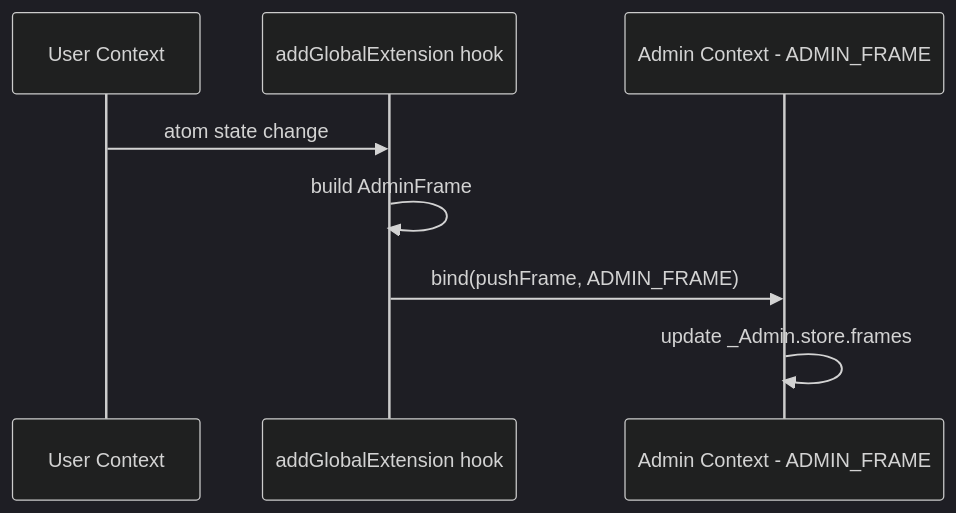
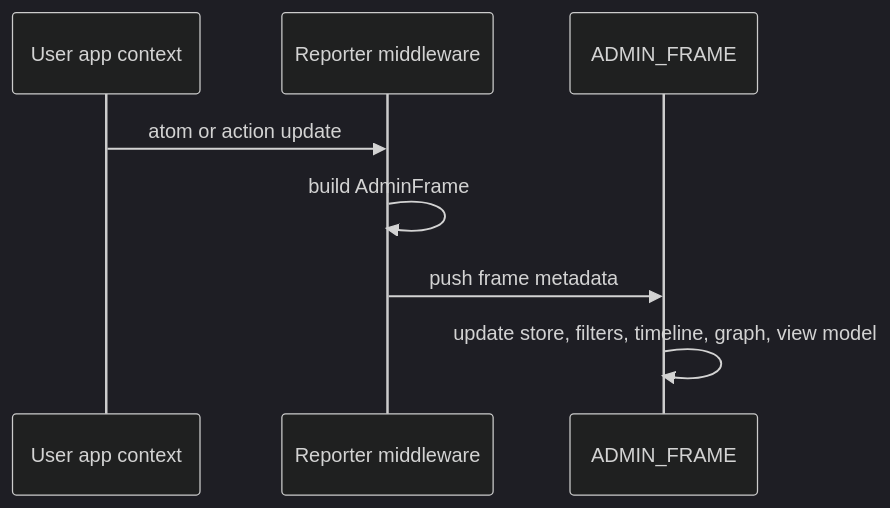
One commit to reatom/reatom changed the second of 4 diagrams in packages/admin/TSD.md. Above: the diagram before and after it, drawn with Mermaid (dark theme). The commit also changed other lines of this file and 10 other files, not shown here.

````diff
--- a/packages/admin/TSD.md
+++ b/packages/admin/TSD.md
@@ -74,11 +43,11 @@
 ```mermaid
 sequenceDiagram
-  participant UserCtx as User Context
-  participant Reporter as addGlobalExtension hook
-  participant AdminCtx as Admin Context - ADMIN_FRAME
+  participant App as User app context
+  participant Reporter as Reporter middleware
+  participant Admin as ADMIN_FRAME
 
-  UserCtx->>Reporter: atom state change
+  App->>Reporter: atom or action update
   Reporter->>Reporter: build AdminFrame
-  Reporter->>AdminCtx: bind(pushFrame, ADMIN_FRAME)
-  AdminCtx->>AdminCtx: update _Admin.store.frames
+  Reporter->>Admin: push frame metadata
+  Admin->>Admin: update store, filters, timeline, graph, view model
 ```
````
